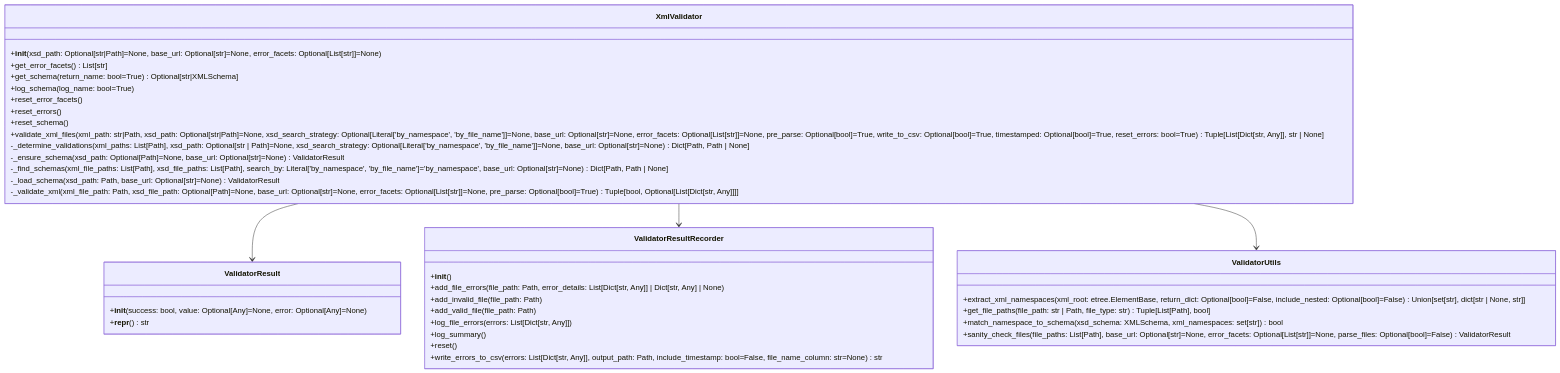
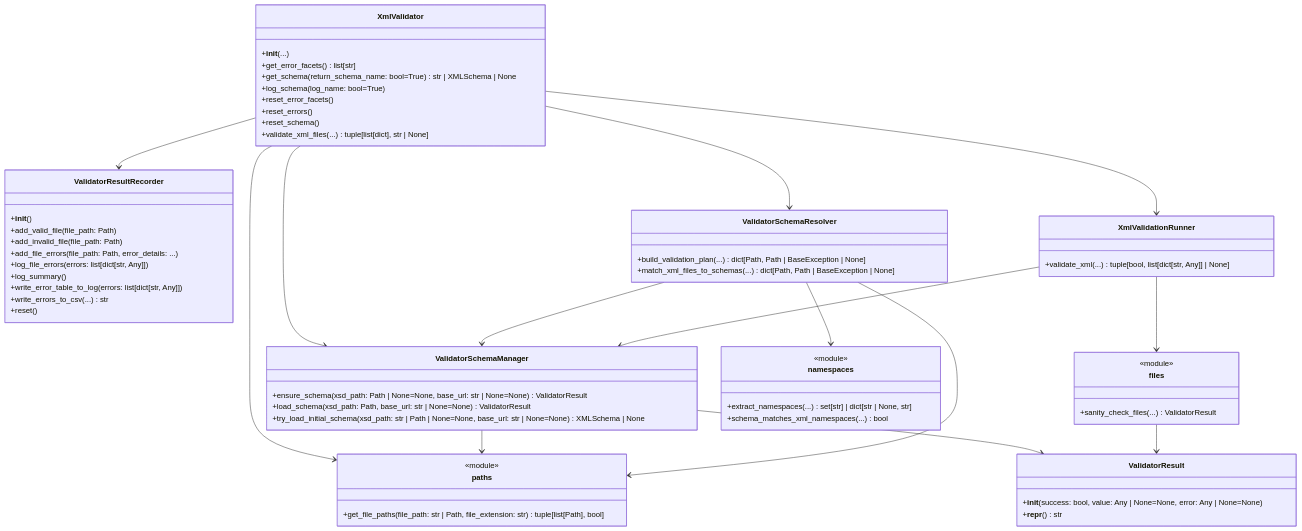
One commit to MichaelHallik/robotframework-xmlvalidator changed the diagram in README.md. Above: the diagram before and after it, drawn with Mermaid. The commit also changed other lines of this file and 39 other files, not shown here.

````diff
--- a/README.md
+++ b/README.md
@@ -736,45 +741,79 @@
 ```mermaid
 classDiagram
     class XmlValidator {
-        +__init__(xsd_path: Optional[str|Path]=None, base_url: Optional[str]=None, error_facets: Optional[List[str]]=None)
-        +get_error_facets() List[str]
-        +get_schema(return_name: bool=True) Optional[str|XMLSchema]
+        +__init__(...)
+        +get_error_facets() list[str]
+        +get_schema(return_schema_name: bool=True) str | XMLSchema | None
         +log_schema(log_name: bool=True)
         +reset_error_facets()
         +reset_errors()
         +reset_schema()
-        +validate_xml_files(xml_path: str|Path, xsd_path: Optional[str|Path]=None, xsd_search_strategy: Optional[Literal['by_namespace', 'by_file_name']]=None, base_url: Optional[str]=None, error_facets: Optional[List[str]]=None, pre_parse: Optional[bool]=True, write_to_csv: Optional[bool]=True, timestamped: Optional[bool]=True, reset_errors: bool=True) Tuple[List[Dict[str, Any]], str | None]
-        -_determine_validations(xml_paths: List[Path], xsd_path: Optional[str | Path]=None, xsd_search_strategy: Optional[Literal['by_namespace', 'by_file_name']]=None, base_url: Optional[str]=None) Dict[Path, Path | None]
-        -_ensure_schema(xsd_path: Optional[Path]=None, base_url: Optional[str]=None) ValidatorResult
-        -_find_schemas(xml_file_paths: List[Path], xsd_file_paths: List[Path], search_by: Literal['by_namespace', 'by_file_name']='by_namespace', base_url: Optional[str]=None) Dict[Path, Path | None]
-        -_load_schema(xsd_path: Path, base_url: Optional[str]=None) ValidatorResult
-        -_validate_xml(xml_file_path: Path, xsd_file_path: Optional[Path]=None, base_url: Optional[str]=None, error_facets: Optional[List[str]]=None, pre_parse: Optional[bool]=True) Tuple[bool, Optional[List[Dict[str, Any]]]]
+        +validate_xml_files(...) tuple[list[dict], str | None]
     }
 
     class ValidatorResultRecorder {
         +__init__()
-        +add_file_errors(file_path: Path, error_details: List[Dict[str, Any]] | Dict[str, Any] | None)
+        +add_valid_file(file_path: Path)
         +add_invalid_file(file_path: Path)
-        +add_valid_file(file_path: Path)
-        +log_file_errors(errors: List[Dict[str, Any]])
+        +add_file_errors(file_path: Path, error_details: ...)
+        +log_file_errors(errors: list[dict[str, Any]])
         +log_summary()
+        +write_error_table_to_log(errors: list[dict[str, Any]])
+        +write_errors_to_csv(...) str
         +reset()
-        +write_errors_to_csv(errors: List[Dict[str, Any]], output_path: Path, include_timestamp: bool=False, file_name_column: str=None) str
     }
 
     class ValidatorResult {
-        +__init__(success: bool, value: Optional[Any]=None, error: Optional[Any]=None)
+        +__init__(success: bool, value: Any | None=None, error: Any | None=None)
         +__repr__() str
     }
 
-    class ValidatorUtils {
-        +extract_xml_namespaces(xml_root: etree.ElementBase, return_dict: Optional[bool]=False, include_nested: Optional[bool]=False) Union[set[str], dict[str | None, str]]
-        +get_file_paths(file_path: str | Path, file_type: str) Tuple[List[Path], bool]
-        +match_namespace_to_schema(xsd_schema: XMLSchema, xml_namespaces: set[str]) bool
-        +sanity_check_files(file_paths: List[Path], base_url: Optional[str]=None, error_facets: Optional[List[str]]=None, parse_files: Optional[bool]=False) ValidatorResult
+    class ValidatorSchemaManager {
+        +ensure_schema(xsd_path: Path | None=None, base_url: str | None=None) ValidatorResult
+        +load_schema(xsd_path: Path, base_url: str | None=None) ValidatorResult
+        +try_load_initial_schema(xsd_path: str | Path | None=None, base_url: str | None=None) XMLSchema | None
     }
 
-    XmlValidator --> ValidatorResult
+    class ValidatorSchemaResolver {
+        +build_validation_plan(...) dict[Path, Path | BaseException | None]
+        +match_xml_files_to_schemas(...) dict[Path, Path | BaseException | None]
+    }
+
+    class XmlValidationRunner {
+        +validate_xml(...) tuple[bool, list[dict[str, Any]] | None]
+    }
+
+    class paths {
+        <<module>>
+        +get_file_paths(file_path: str | Path, file_extension: str) tuple[list[Path], bool]
+    }
+
+    class files {
+        <<module>>
+        +sanity_check_files(...) ValidatorResult
+    }
+
+    class namespaces {
+        <<module>>
+        +extract_namespaces(...) set[str] | dict[str | None, str]
+        +schema_matches_xml_namespaces(...) bool
+    }
+
     XmlValidator --> ValidatorResultRecorder
-    XmlValidator --> ValidatorUtils
+    XmlValidator --> ValidatorSchemaManager
+    XmlValidator --> ValidatorSchemaResolver
+    XmlValidator --> XmlValidationRunner
+    XmlValidator --> paths
+
+    ValidatorSchemaManager --> paths
+    ValidatorSchemaManager --> ValidatorResult
+
+    ValidatorSchemaResolver --> ValidatorSchemaManager
+    ValidatorSchemaResolver --> paths
+    ValidatorSchemaResolver --> namespaces
+
+    XmlValidationRunner --> ValidatorSchemaManager
+    XmlValidationRunner --> files
+
+    files --> ValidatorResult
 ```
````
